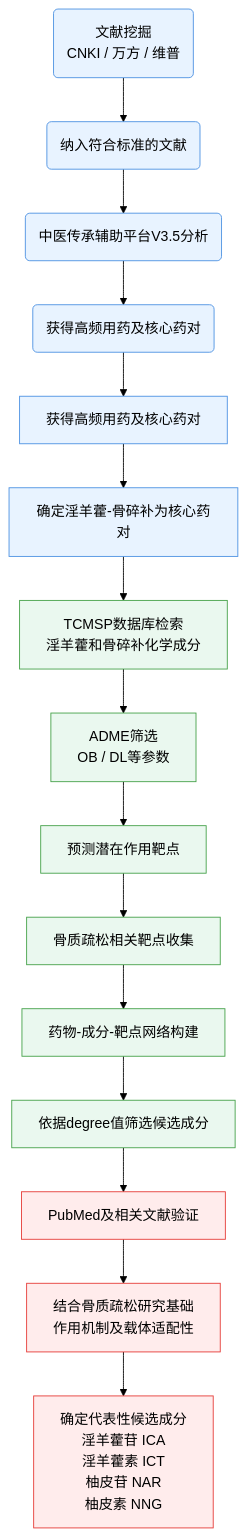
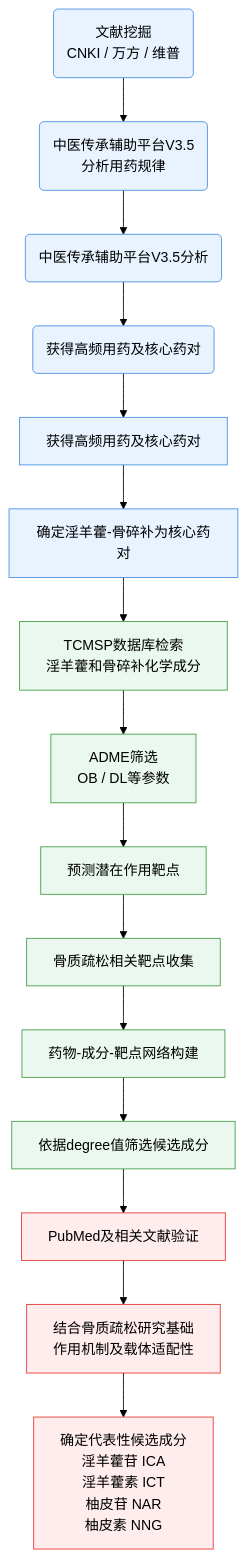
One commit to Yaotian99/iodraw-files changed the diagram in all/未命名-1.md. Above: the diagram before and after it, drawn with Mermaid (forest theme).

Commit message:
2026-06-24 08:57:34 update

````diff
--- a/all/未命名-1.md
+++ b/all/未命名-1.md
@@ -1,29 +1,29 @@
 ```mermaid
 graph TD
 
-A1(文献挖掘<br/>CNKI / 万方 / 维普) --> A2(纳入符合标准的文献)
+A1(文献挖掘<br/>CNKI / 万方 / 维普) --> A2(中医传承辅助平台V3.5<br/>分析用药规律)
 A2 --> A3(中医传承辅助平台V3.5分析)
 A3 --> A4(获得高频用药及核心药对)
 A4 --> A5[获得高频用药及核心药对]
 A5 --> A6[确定淫羊藿-骨碎补为核心药对]
 
 A6 --> B1[TCMSP数据库检索<br/>淫羊藿和骨碎补化学成分]
 B1 --> B2[ADME筛选<br/>OB / DL等参数]
 B2 --> B3[预测潜在作用靶点]
 B3 --> B4[骨质疏松相关靶点收集]
 B4 --> B5[药物-成分-靶点网络构建]
 B5 --> B6[依据degree值筛选候选成分]
 
 B6 --> C1[PubMed及相关文献验证]
 C1 --> C2[结合骨质疏松研究基础<br/>作用机制及载体适配性]
 C2 --> C3[确定代表性候选成分<br/>淫羊藿苷 ICA<br/>淫羊藿素 ICT<br/>柚皮苷 NAR<br/>柚皮素 NNG]
 
 classDef basis fill:#E8F3FF,stroke:#4A90E2,stroke-width:1px,color:#000;
 classDef network fill:#EAF8EF,stroke:#43A047,stroke-width:1px,color:#000;
 classDef result fill:#FFECEC,stroke:#E53935,stroke-width:1px,color:#000;
 
 class A1,A2,A3,A4,A5,A6 basis;
 class B1,B2,B3,B4,B5,B6 network;
 class C1,C2,C3 result;
   
 ```
````
